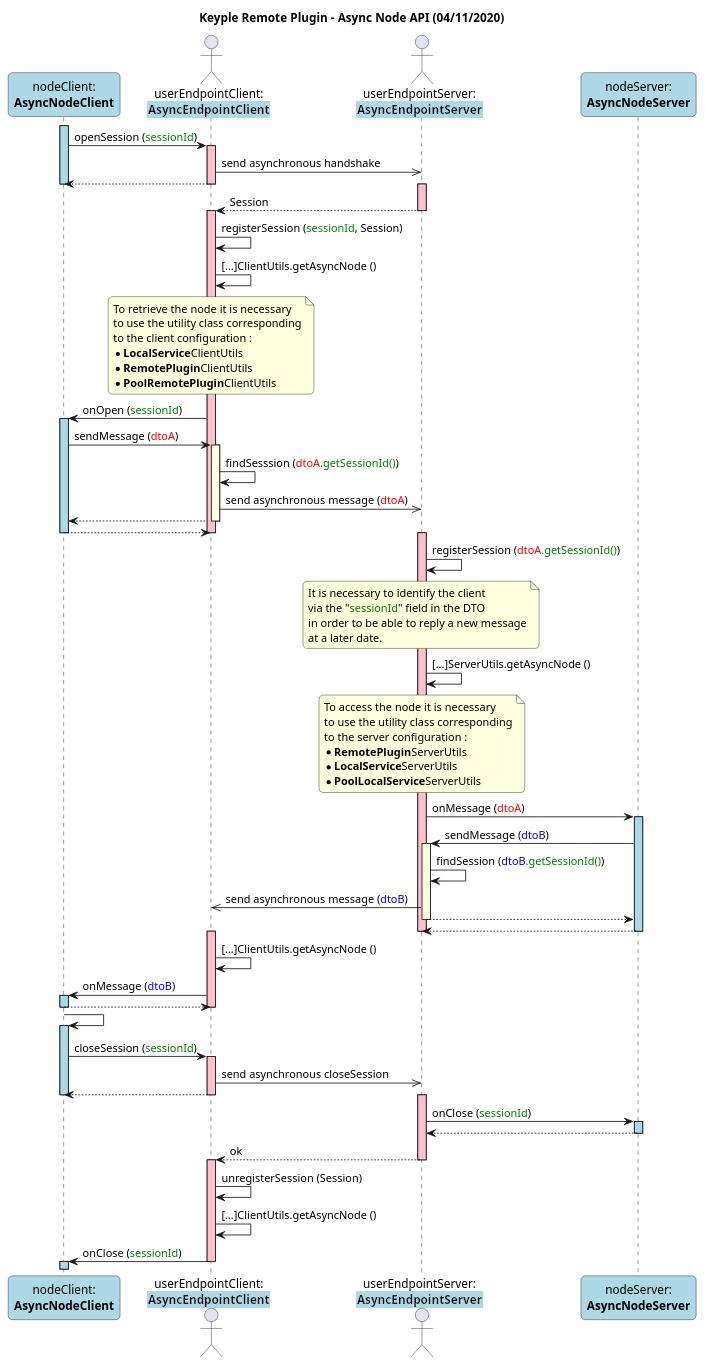
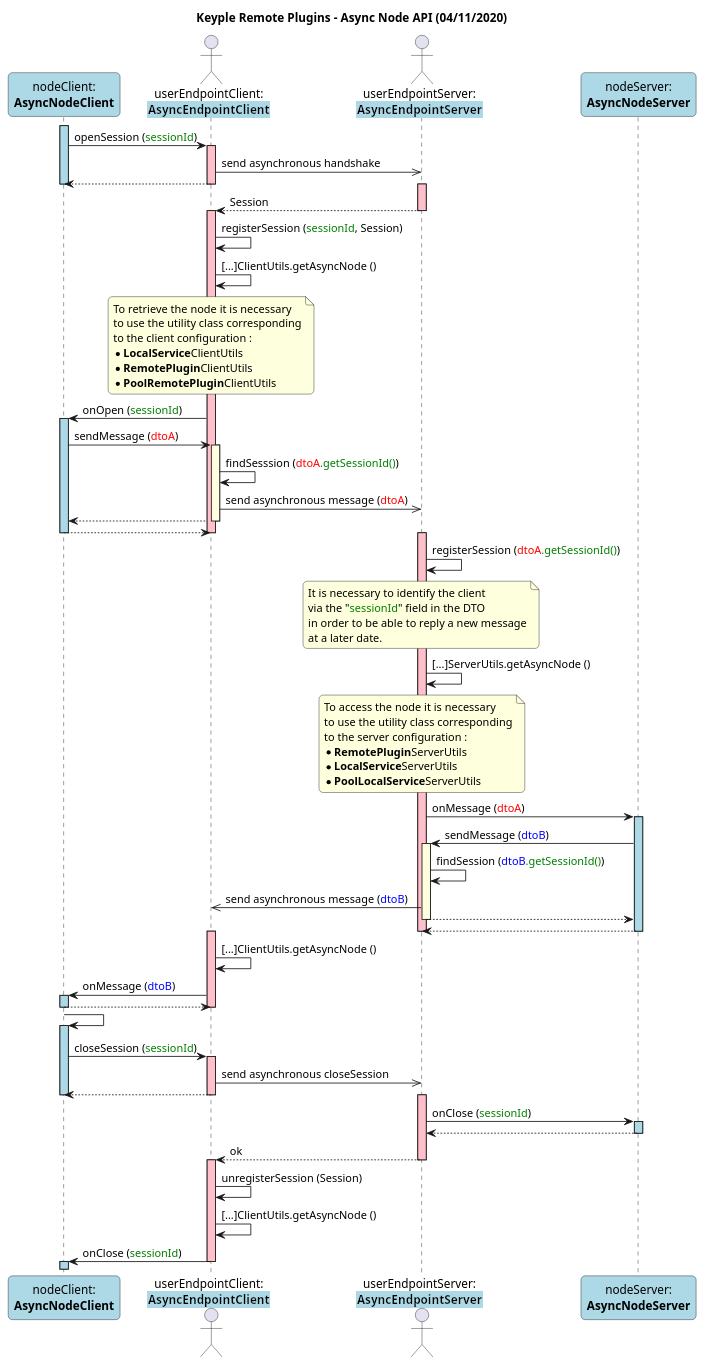
Before and after one commit to yvonneyam/keyple-website: the diagram in media/remote-plugin/sequence/Remote_Sequence_AsyncNode_API.puml, drawn with PlantUML. The commit also changed 808 other files, not shown here.

```diff
--- a/media/remote-plugin/sequence/Remote_Sequence_AsyncNode_API.puml
+++ b/media/remote-plugin/sequence/Remote_Sequence_AsyncNode_API.puml
@@ -1,107 +1,107 @@
 @startuml
 
 title
-    Keyple Remote Plugin - Async Node API (04/11/2020)
+    Keyple Remote Plugins - Async Node API (04/11/2020)
 end title
 
 ' == THEME ==
 
 skinparam Shadowing false
 skinparam RoundCorner 10
 
 ' == CONTENT ==
 
 participant "nodeClient:\n**AsyncNodeClient**" as nodeClient #LightBlue
 actor "userEndpointClient:\n**<back:LightBlue>AsyncEndpointClient**" as userEndpointClient
 
 actor "userEndpointServer:\n**<back:LightBlue>AsyncEndpointServer**" as userEndpointServer
 participant "nodeServer:\n**AsyncNodeServer**" as nodeServer #LightBlue
 
 activate nodeClient #LightBlue
 nodeClient -> userEndpointClient : openSession (<color:green>sessionId</color>)
 activate userEndpointClient #Pink
 userEndpointClient ->> userEndpointServer : send asynchronous handshake
 return
 deactivate nodeClient
 
 activate userEndpointServer #Pink
 userEndpointServer --> userEndpointClient : Session
 deactivate userEndpointServer
 activate userEndpointClient #Pink
 userEndpointClient -> userEndpointClient : registerSession (<color:green>sessionId</color>, Session)
 userEndpointClient -> userEndpointClient : [...]ClientUtils.getAsyncNode ()
 note over userEndpointClient
     To retrieve the node it is necessary
     to use the utility class corresponding
     to the client configuration :
     * **LocalService**ClientUtils
     * **RemotePlugin**ClientUtils
     * **PoolRemotePlugin**ClientUtils
 end note
 userEndpointClient -> nodeClient : onOpen (<color:green>sessionId</color>)
 activate nodeClient #LightBlue
 nodeClient -> userEndpointClient : sendMessage (<color:red>dtoA</color>)
 activate userEndpointClient #LightYellow
 userEndpointClient -> userEndpointClient : findSesssion (<color:red>dtoA</color><color:green>.getSessionId()</color>)
 userEndpointClient ->> userEndpointServer : send asynchronous message (<color:red>dtoA</color>)
 return
 return
 deactivate userEndpointClient
 
 activate userEndpointServer #Pink
 userEndpointServer -> userEndpointServer : registerSession (<color:red>dtoA</color><color:green>.getSessionId()</color>)
 note over userEndpointServer
     It is necessary to identify the client
     via the "<color:green>sessionId</color>" field in the DTO
     in order to be able to reply a new message
     at a later date.
 end note
 userEndpointServer -> userEndpointServer : [...]ServerUtils.getAsyncNode ()
 note over userEndpointServer
     To access the node it is necessary
     to use the utility class corresponding
     to the server configuration :
     * **RemotePlugin**ServerUtils
     * **LocalService**ServerUtils
     * **PoolLocalService**ServerUtils
 end note
 userEndpointServer -> nodeServer : onMessage (<color:red>dtoA</color>)
 activate nodeServer #LightBlue
 nodeServer -> userEndpointServer : sendMessage (<color:blue>dtoB</color>)
 activate userEndpointServer #LightYellow
 userEndpointServer -> userEndpointServer : findSession (<color:blue>dtoB</color><color:green>.getSessionId()</color>)
 userEndpointServer ->> userEndpointClient : send asynchronous message (<color:blue>dtoB</color>)
 return
 return
 deactivate userEndpointServer
 
 activate userEndpointClient #Pink
 userEndpointClient -> userEndpointClient : [...]ClientUtils.getAsyncNode ()
 userEndpointClient -> nodeClient : onMessage (<color:blue>dtoB</color>)
 activate nodeClient #LightBlue
 return
 deactivate userEndpointClient
 
 nodeClient -> nodeClient
 activate nodeClient #LightBlue
 
 nodeClient -> userEndpointClient : closeSession (<color:green>sessionId</color>)
 activate userEndpointClient #Pink
 userEndpointClient ->> userEndpointServer : send asynchronous closeSession
 return
 deactivate nodeClient
 
 activate userEndpointServer #Pink
 userEndpointServer -> nodeServer : onClose (<color:green>sessionId</color>)
 activate nodeServer #LightBlue
 return
 userEndpointServer --> userEndpointClient : ok
 deactivate userEndpointServer
 activate userEndpointClient #Pink
 userEndpointClient -> userEndpointClient : unregisterSession (Session)
 userEndpointClient -> userEndpointClient : [...]ClientUtils.getAsyncNode ()
 userEndpointClient -> nodeClient : onClose (<color:green>sessionId</color>)
 deactivate userEndpointClient
 activate nodeClient #LightBlue
 
 @enduml
```
